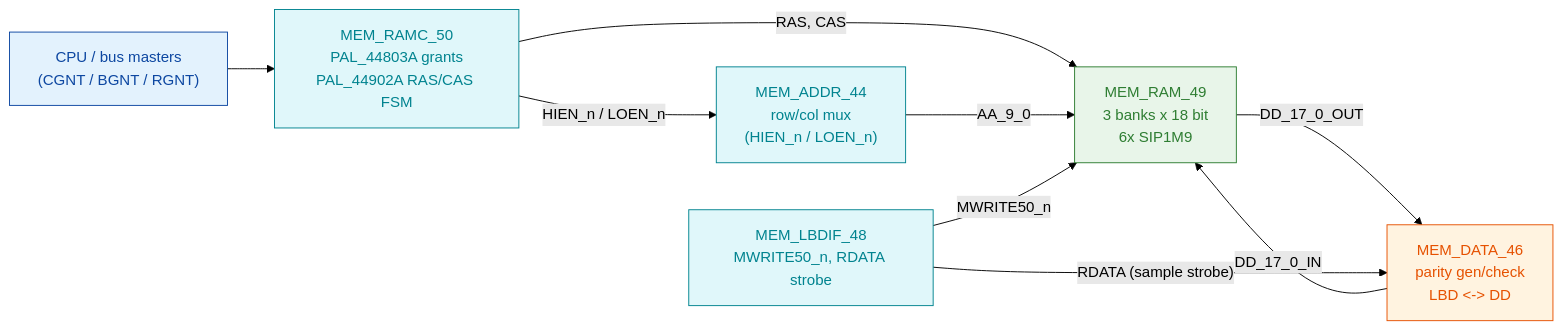
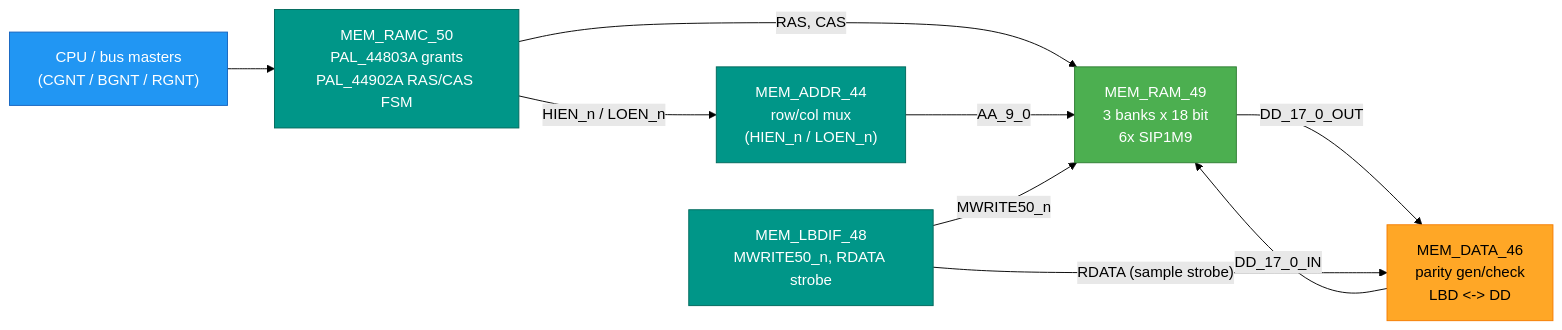
Before and after one commit to RetroCoreLabs/nd-120: the diagram in Verilog/docs/nd120-dram-memory.md, drawn with Mermaid (forest theme). The commit also changed 1 other file, not shown here.

Commit message:
docs: move 2 mermaid diagrams onto the house colour palette
Both diagrams used pale pastel fills (#E3F2FD, #E0F7FA, ...), which the
colour standard forbids: they wash out in dark mode. Each role keeps
its colour family but now uses the standard fill, the 700-shade stroke
and white text (black on amber).

nd120-dram-memory.md also switches its 6 nodes from the ":::role"
shorthand to "class" lines, the form the standard uses, and renames
"orange" to "amber" to match the palette name.

````diff
--- a/Verilog/docs/nd120-dram-memory.md
+++ b/Verilog/docs/nd120-dram-memory.md
@@ -29,23 +29,28 @@
 ```mermaid
 flowchart LR
-    CPU["CPU / bus masters<br/>(CGNT / BGNT / RGNT)"]:::blue
-    RAMC["MEM_RAMC_50<br/>PAL_44803A grants<br/>PAL_44902A RAS/CAS FSM"]:::teal
-    ADDR["MEM_ADDR_44<br/>row/col mux<br/>(HIEN_n / LOEN_n)"]:::teal
-    LBDIF["MEM_LBDIF_48<br/>MWRITE50_n, RDATA strobe"]:::teal
-    RAM["MEM_RAM_49<br/>3 banks x 18 bit<br/>6x SIP1M9"]:::green
-    DATA["MEM_DATA_46<br/>parity gen/check<br/>LBD &lt;-&gt; DD"]:::orange
+    CPU["CPU / bus masters<br/>(CGNT / BGNT / RGNT)"]
+    RAMC["MEM_RAMC_50<br/>PAL_44803A grants<br/>PAL_44902A RAS/CAS FSM"]
+    ADDR["MEM_ADDR_44<br/>row/col mux<br/>(HIEN_n / LOEN_n)"]
+    LBDIF["MEM_LBDIF_48<br/>MWRITE50_n, RDATA strobe"]
+    RAM["MEM_RAM_49<br/>3 banks x 18 bit<br/>6x SIP1M9"]
+    DATA["MEM_DATA_46<br/>parity gen/check<br/>LBD &lt;-&gt; DD"]
 
     CPU --> RAMC
     RAMC -->|"RAS, CAS"| RAM
     RAMC -->|"HIEN_n / LOEN_n"| ADDR
     ADDR -->|"AA_9_0"| RAM
     LBDIF -->|"MWRITE50_n"| RAM
     RAM -->|"DD_17_0_OUT"| DATA
     DATA -->|"DD_17_0_IN"| RAM
     LBDIF -->|"RDATA (sample strobe)"| DATA
 
-    classDef blue fill:#E3F2FD,stroke:#0D47A1,color:#0D47A1
-    classDef teal fill:#E0F7FA,stroke:#00838F,color:#00838F
-    classDef green fill:#E8F5E9,stroke:#2E7D32,color:#2E7D32
-    classDef orange fill:#FFF3E0,stroke:#E65100,color:#E65100
+    classDef blue  fill:#2196F3,stroke:#1565C0,color:#fff
+    classDef teal  fill:#009688,stroke:#00695C,color:#fff
+    classDef green fill:#4CAF50,stroke:#2E7D32,color:#fff
+    classDef amber fill:#FFA726,stroke:#F57C00,color:#000
+
+    class CPU blue
+    class RAMC,ADDR,LBDIF teal
+    class RAM green
+    class DATA amber
 ```
````
